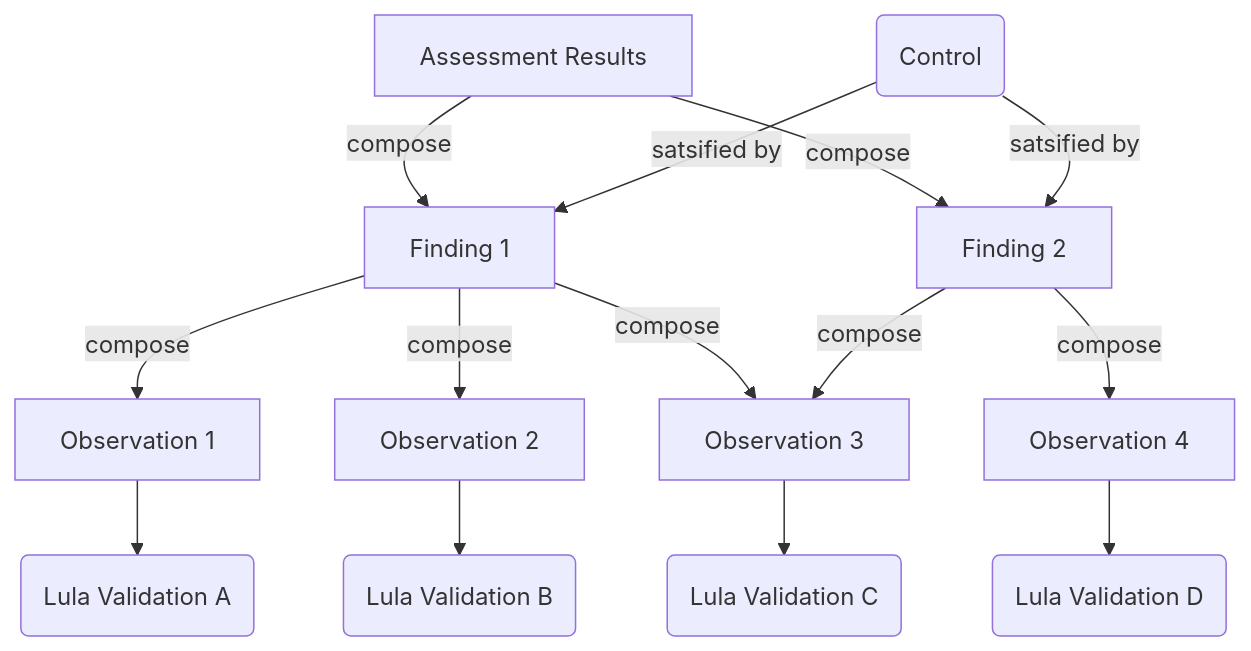
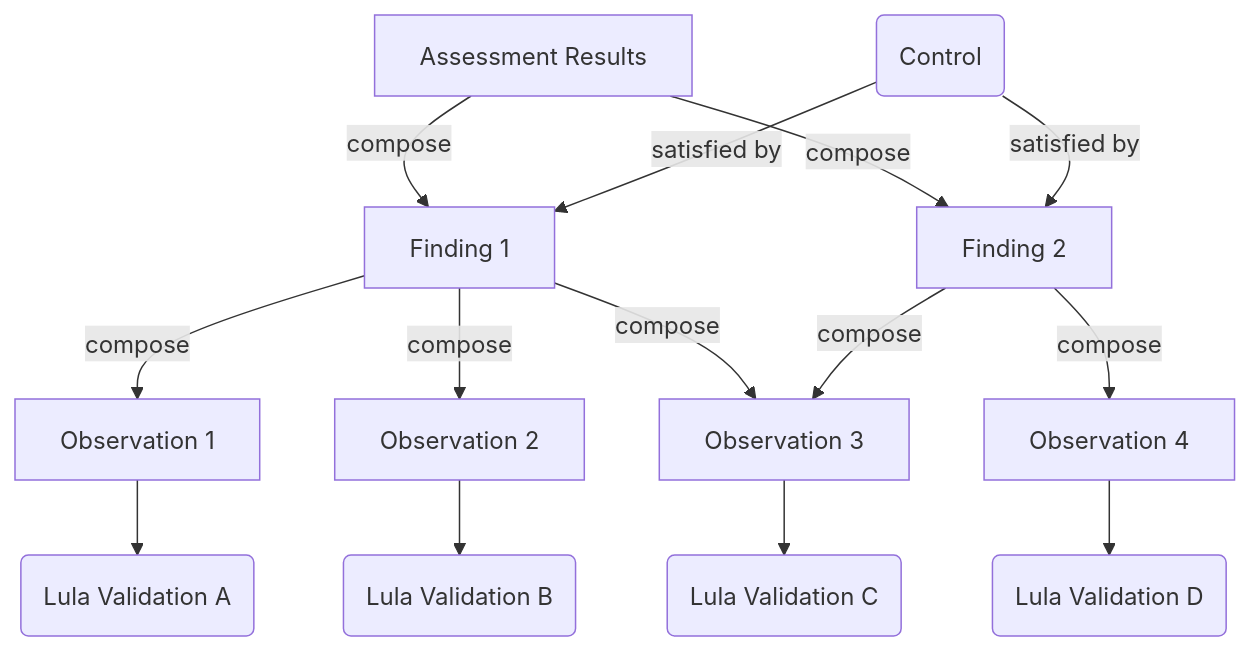
The diagram in docs/oscal/assessment-results.md (defenseunicorns/compliance-auditor), drawn with Mermaid before and after one commit. The commit also changed 2 other files, not shown here.

Commit message:
fix(assessment): add unit test for assessment results determinism

````diff
--- a/docs/oscal/assessment-results.md
+++ b/docs/oscal/assessment-results.md
@@ -4,16 +4,16 @@
 ```mermaid
 flowchart TD
     A[Assessment Results]-->|compose|C[Finding 1]
     A[Assessment Results]-->|compose|G[Finding 2]
-    B(Control)-->|satsified by|C
-    B(Control)-->|satsified by|G
+    B(Control)-->|satisfied by|C
+    B(Control)-->|satisfied by|G
     C -->|compose|D[Observation 1]
     C -->|compose|E[Observation 2]
     C -->|compose|F[Observation 3]
     G -->|compose|F[Observation 3]
     G -->|compose|H[Observation 4]
     D --> I(Lula Validation A)
     E --> J(Lula Validation B)
     F --> K(Lula Validation C)
     H --> L(Lula Validation D)
 ```
````
